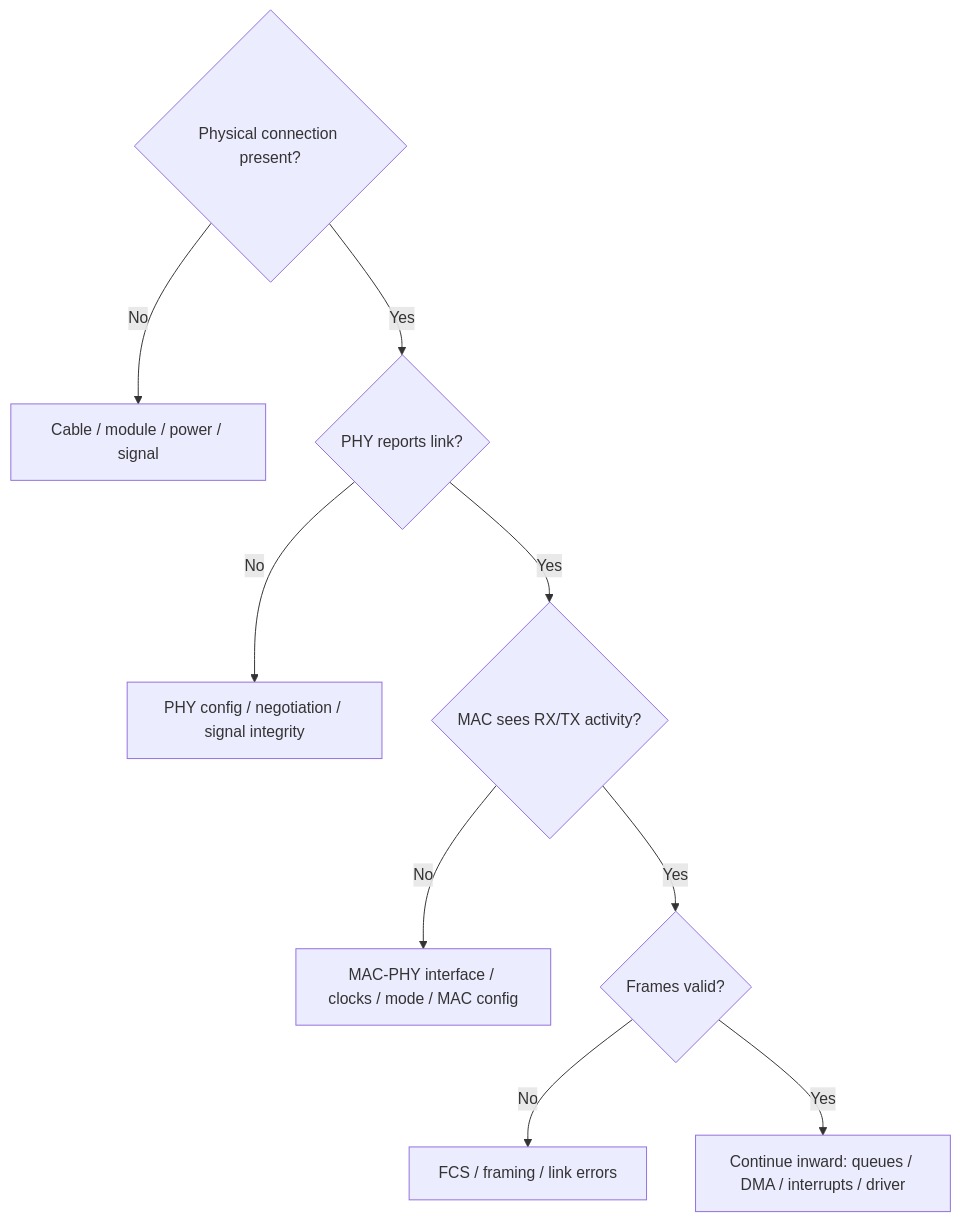
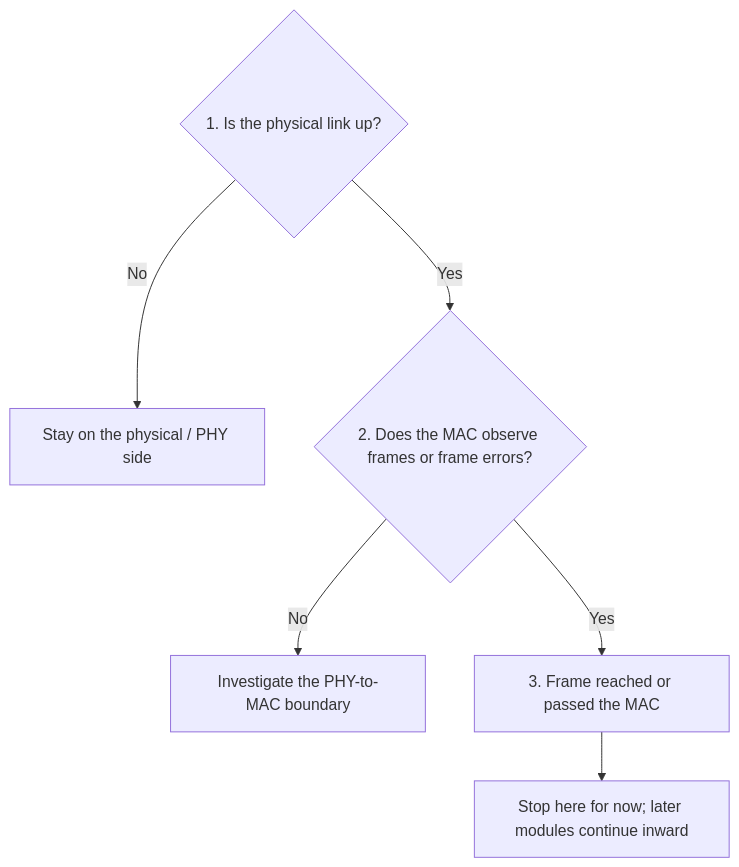
Before and after one commit to spencerbug/spencerbug.github.io: the eighth of 8 diagrams in courses/nic-firmware/02-ethernet-wire-to-mac.md, drawn with Mermaid. The commit also changed other lines of this file, not shown here.

Commit message:
Revise NIC module 2 from learner feedback

````diff
--- a/courses/nic-firmware/02-ethernet-wire-to-mac.md
+++ b/courses/nic-firmware/02-ethernet-wire-to-mac.md
@@ -263,11 +384,8 @@
 ```mermaid
 flowchart TD
-    A{"Physical connection present?"} -->|No| B["Cable / module / power / signal"]
-    A -->|Yes| C{"PHY reports link?"}
-    C -->|No| D["PHY config / negotiation / signal integrity"]
-    C -->|Yes| E{"MAC sees RX/TX activity?"}
-    E -->|No| F["MAC-PHY interface / clocks / mode / MAC config"]
-    E -->|Yes| G{"Frames valid?"}
-    G -->|No| H["FCS / framing / link errors"]
-    G -->|Yes| I["Continue inward: queues / DMA / interrupts / driver"]
+    A{"1. Is the physical link up?"} -->|No| B["Stay on the physical / PHY side"]
+    A -->|Yes| C{"2. Does the MAC observe frames or frame errors?"}
+    C -->|No| D["Investigate the PHY-to-MAC boundary"]
+    C -->|Yes| E["3. Frame reached or passed the MAC"]
+    E --> F["Stop here for now; later modules continue inward"]
 ```
````
